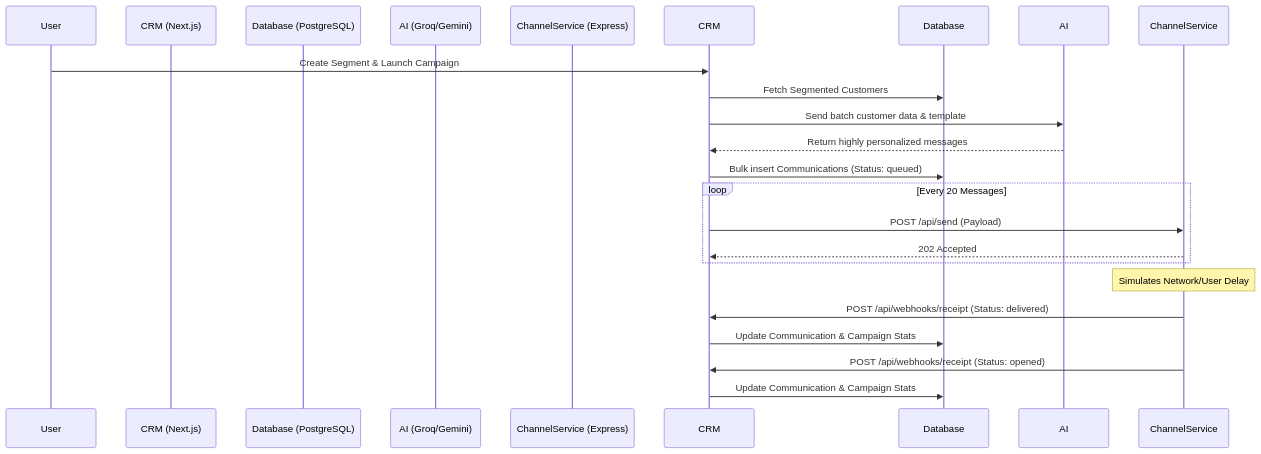
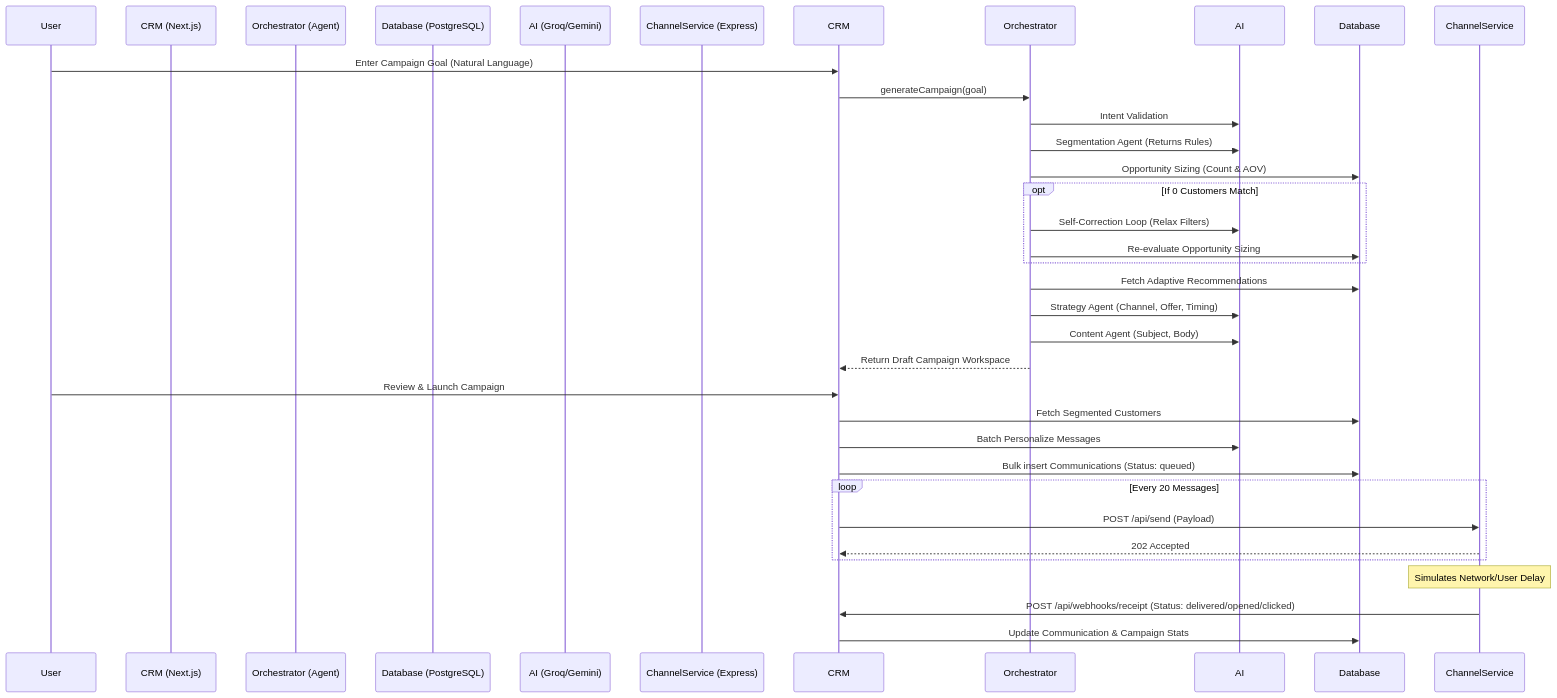
The diagram in crm/ARCHITECTURE.md (bipul724/ReachNext), drawn with Mermaid before and after one commit. The commit also changed other lines of this file and 1 other file, not shown here.

````diff
--- a/crm/ARCHITECTURE.md
+++ b/crm/ARCHITECTURE.md
@@ -27,26 +40,42 @@
 ```mermaid
 sequenceDiagram
     participant User
     participant CRM (Next.js)
+    participant Orchestrator (Agent)
     participant Database (PostgreSQL)
     participant AI (Groq/Gemini)
     participant ChannelService (Express)
 
-    User->>CRM: Create Segment & Launch Campaign
+    User->>CRM: Enter Campaign Goal (Natural Language)
+    CRM->>Orchestrator: generateCampaign(goal)
+    
+    Orchestrator->>AI: Intent Validation
+    Orchestrator->>AI: Segmentation Agent (Returns Rules)
+    Orchestrator->>Database: Opportunity Sizing (Count & AOV)
+    
+    opt If 0 Customers Match
+        Orchestrator->>AI: Self-Correction Loop (Relax Filters)
+        Orchestrator->>Database: Re-evaluate Opportunity Sizing
+    end
+    
+    Orchestrator->>Database: Fetch Adaptive Recommendations
+    Orchestrator->>AI: Strategy Agent (Channel, Offer, Timing)
+    Orchestrator->>AI: Content Agent (Subject, Body)
+    
+    Orchestrator-->>CRM: Return Draft Campaign Workspace
+    User->>CRM: Review & Launch Campaign
+    
     CRM->>Database: Fetch Segmented Customers
-    CRM->>AI: Send batch customer data & template
-    AI-->>CRM: Return highly personalized messages
+    CRM->>AI: Batch Personalize Messages
     CRM->>Database: Bulk insert Communications (Status: queued)
     
     loop Every 20 Messages
         CRM->>ChannelService: POST /api/send (Payload)
         ChannelService-->>CRM: 202 Accepted
     end
 
     Note over ChannelService: Simulates Network/User Delay
     
-    ChannelService->>CRM: POST /api/webhooks/receipt (Status: delivered)
-    CRM->>Database: Update Communication & Campaign Stats
-    ChannelService->>CRM: POST /api/webhooks/receipt (Status: opened)
+    ChannelService->>CRM: POST /api/webhooks/receipt (Status: delivered/opened/clicked)
     CRM->>Database: Update Communication & Campaign Stats
 ```
````
